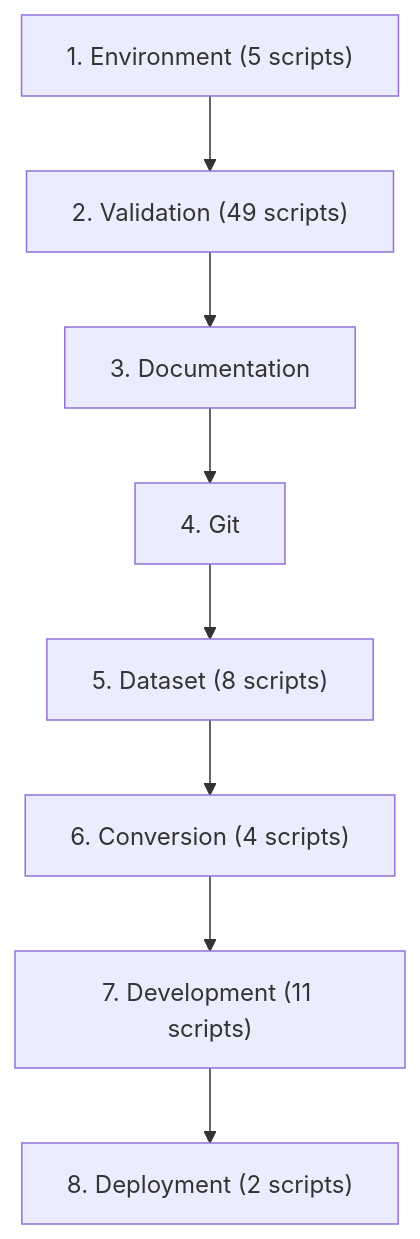
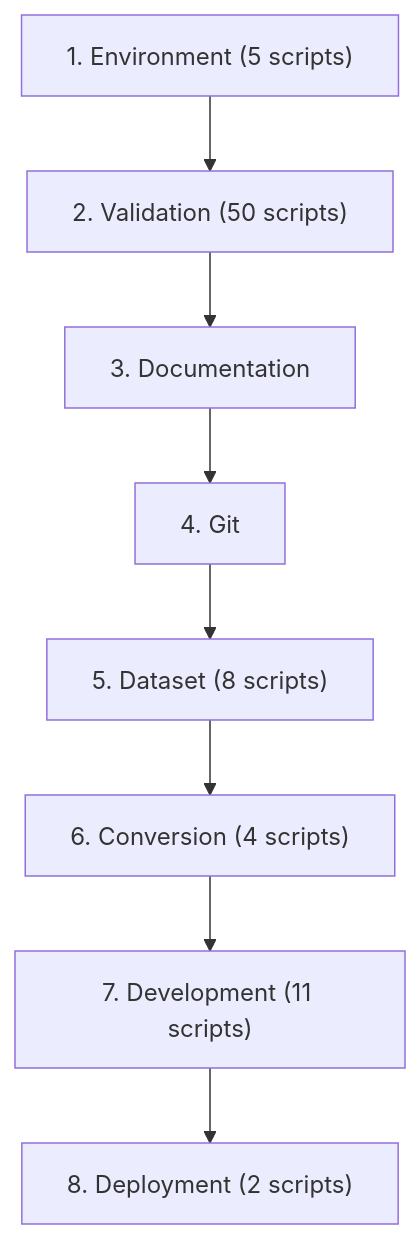
Before and after one commit to chanuka8/argus-gait-recognition: the second of 3 diagrams in scripts/README.md, drawn with Mermaid. The commit also changed other lines of this file and 8 other files, not shown here.

````diff
--- a/scripts/README.md
+++ b/scripts/README.md
@@ -995,18 +999,18 @@
 ```mermaid
 flowchart TD
     step1["1. Environment (5 scripts)"]
-    step2["2. Validation (49 scripts)"]
+    step2["2. Validation (50 scripts)"]
     step1 --> step2
     step3["3. Documentation"]
     step2 --> step3
     step4["4. Git"]
     step3 --> step4
     step5["5. Dataset (8 scripts)"]
     step4 --> step5
     step6["6. Conversion (4 scripts)"]
     step5 --> step6
     step7["7. Development (11 scripts)"]
     step6 --> step7
     step8["8. Deployment (2 scripts)"]
     step7 --> step8
 ```
````
